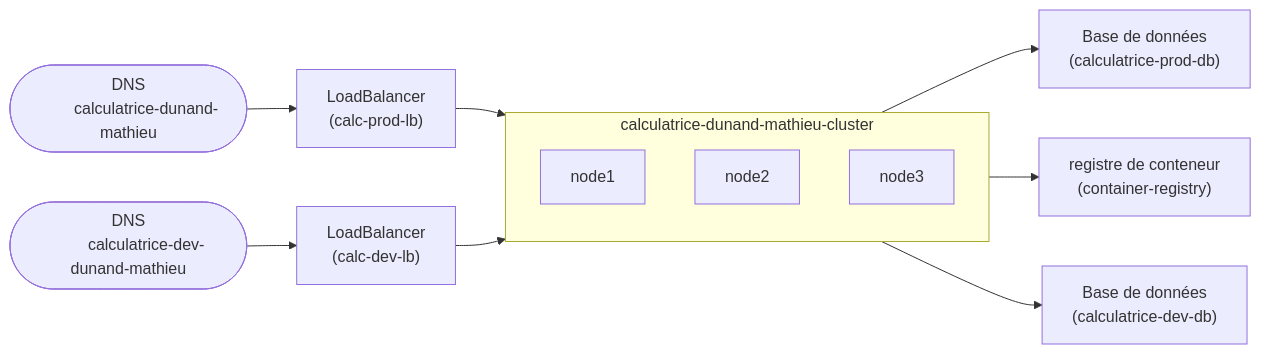
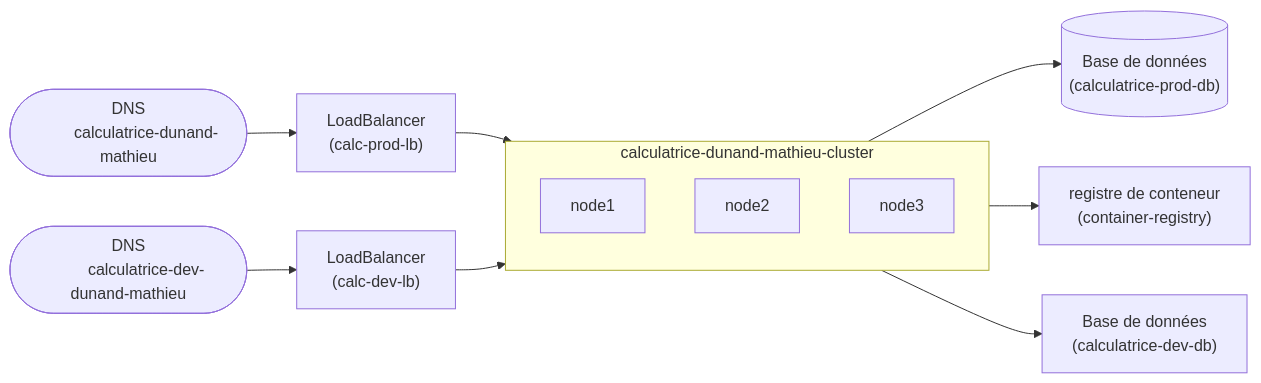
The diagram in foundation/README.md (Elyeyes/virt-cc-ilia-mathieu-dunand), drawn with Mermaid before and after one commit. The commit also changed 3 other files, not shown here.

````diff
--- a/foundation/README.md
+++ b/foundation/README.md
@@ -3,25 +3,25 @@
 ```mermaid
 
 graph LR
   subgraph k8s ["calculatrice-dunand-mathieu-cluster"]
     direction TB
     node1
     node2
     node3
   end
   lbA["LoadBalancer
         (calc-prod-lb)"] --> k8s
   lbB["LoadBalancer
         (calc-dev-lb)"]  --> k8s
   dns1(["DNS
         calculatrice-dev-dunand-mathieu"]) --> lbB
   dns2(["DNS
         calculatrice-dunand-mathieu"]) --> lbA
-  k8s --> db["Base de données
-              (calculatrice-prod-db)"]
+  k8s --> db[("Base de données
+              (calculatrice-prod-db)")]
   k8s --> reg["registre de conteneur
   (container-registry)"]
   k8s --> db2["Base de données
               (calculatrice-dev-db)"]
 
 ```
````
